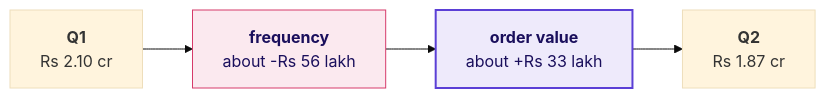
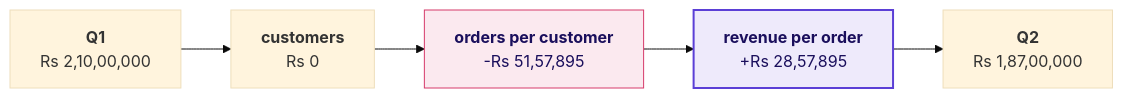
Diagram 12 of 26 in content/W01/D2/slides/C2_W01_D02_half1_STUDENT.md (fde-academy-lab/c2-content-factory), drawn with Mermaid (base theme) before and after one commit. The commit also changed other lines of this file and 11 other files, not shown here.

````diff
--- a/content/W01/D2/slides/C2_W01_D02_half1_STUDENT.md
+++ b/content/W01/D2/slides/C2_W01_D02_half1_STUDENT.md
@@ -490,8 +511,11 @@
 ```mermaid
 flowchart LR
-    A["<b>Q1</b><br/>Rs 2.10 cr"] --> B["<b>frequency</b><br/>about -Rs 56 lakh"] --> C["<b>order value</b><br/>about +Rs 33 lakh"] --> D["<b>Q2</b><br/>Rs 1.87 cr"]
+    A["<b>Q1</b><br/>Rs 2,10,00,000"] --> C["<b>customers</b><br/>Rs 0"]
+    C --> B["<b>orders per customer</b><br/>-Rs 51,57,895"]
+    B --> V["<b>revenue per order</b><br/>+Rs 28,57,895"]
+    V --> D["<b>Q2</b><br/>Rs 1,87,00,000"]
     classDef bad fill:#FBE9EF,stroke:#D63A6A,color:#1A0F5C
     classDef known fill:#EEEAFB,stroke:#5B3FD6,color:#1A0F5C,stroke-width:2px
     class B bad
-    class C known
+    class V known
 ```
````
